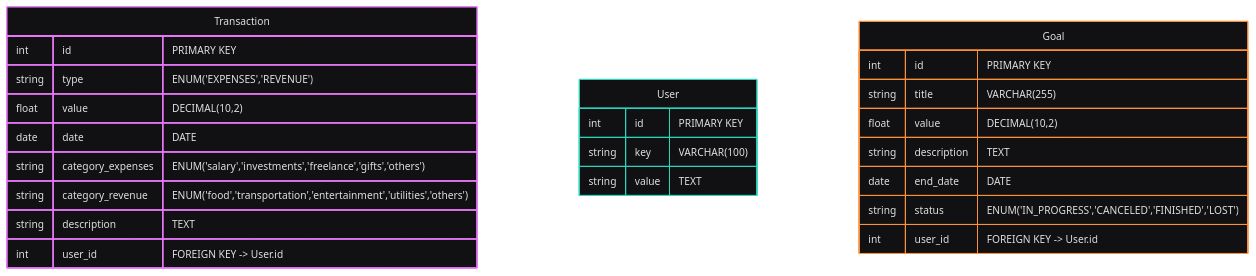
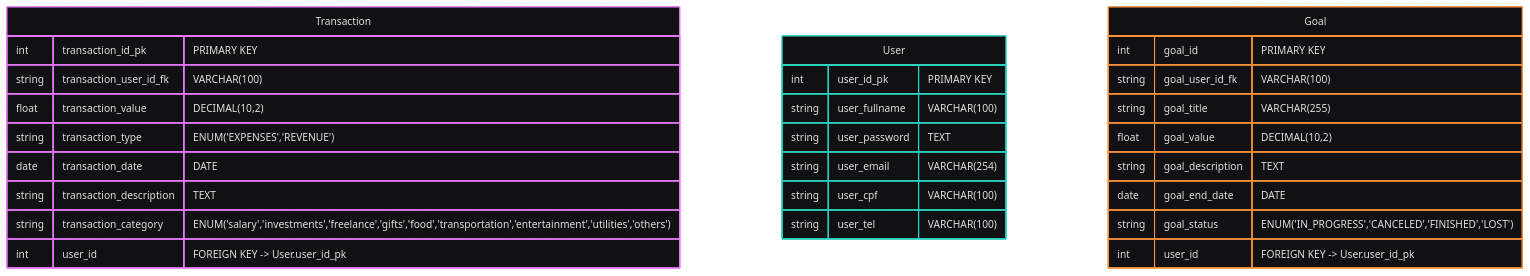
Before and after one commit to anthony-gg1/controle-gastos: the diagram in documentation/diagrams/db/logic/diagrams.mmd, drawn with Mermaid.

Commit message:
chore: atualiza o diagrama lógico das tabelas

```diff
--- a/documentation/diagrams/db/logic/diagrams.mmd
+++ b/documentation/diagrams/db/logic/diagrams.mmd
@@ -1,31 +1,35 @@
 ---
 config:
   theme: redux-dark-color
 ---
 erDiagram
     Transaction {
-        int id "PRIMARY KEY"
-        string type "ENUM('EXPENSES','REVENUE')"
-        float value "DECIMAL(10,2)"
-        date date "DATE"
-        string category_expenses "ENUM('salary','investments','freelance','gifts','others')"
-        string category_revenue "ENUM('food','transportation','entertainment','utilities','others')"
-        string description "TEXT"
-        int user_id "FOREIGN KEY -> User.id"
+        int transaction_id_pk "PRIMARY KEY"
+        string transaction_user_id_fk "VARCHAR(100)"
+        float transaction_value "DECIMAL(10,2)"
+        string transaction_type "ENUM('EXPENSES','REVENUE')"
+        date transaction_date "DATE"
+        string transaction_description "TEXT"
+        string transaction_category "ENUM('salary','investments','freelance','gifts','food','transportation','entertainment','utilities','others')"
+        int user_id "FOREIGN KEY -> User.user_id_pk"
     }
 
     User {
-        int id "PRIMARY KEY"
-        string key "VARCHAR(100)"
-        string value "TEXT"
+        int user_id_pk "PRIMARY KEY"
+        string user_fullname "VARCHAR(100)"
+        string user_password "TEXT"
+        string user_email "VARCHAR(254)"
+        string user_cpf "VARCHAR(100)"
+        string user_tel "VARCHAR(100)"
     }
 
     Goal {
-        int id "PRIMARY KEY"
-        string title "VARCHAR(255)"
-        float value "DECIMAL(10,2)"
-        string description "TEXT"
-        date end_date "DATE"
-        string status "ENUM('IN_PROGRESS','CANCELED','FINISHED','LOST')"
-        int user_id "FOREIGN KEY -> User.id"
+        int goal_id "PRIMARY KEY"
+        string goal_user_id_fk "VARCHAR(100)"
+        string goal_title "VARCHAR(255)"
+        float goal_value "DECIMAL(10,2)"
+        string goal_description "TEXT"
+        date goal_end_date "DATE"
+        string goal_status "ENUM('IN_PROGRESS','CANCELED','FINISHED','LOST')"
+        int user_id "FOREIGN KEY -> User.user_id_pk"
     }
```
